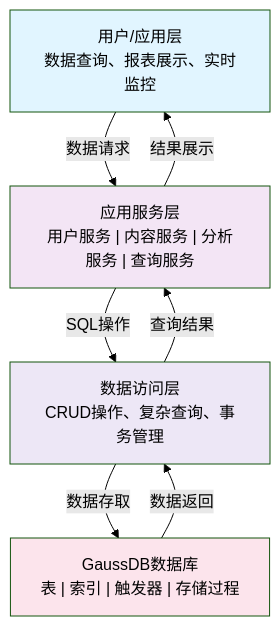
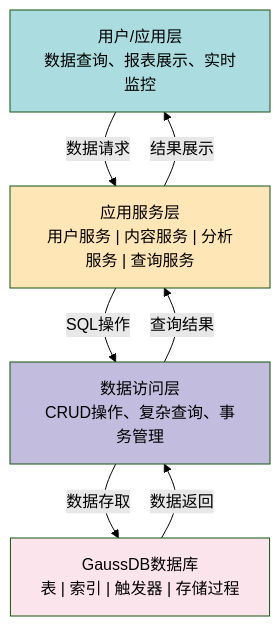
The first of 14 diagrams in 社交媒体舆情分析系统 - 系统设计报告.md (Tanhhhhtjy/BUAA-2025-DataBase-Social_Media_Sentiment_Analysis), drawn with Mermaid (forest theme) before and after one commit.

Commit message:
docs(system-design): update data flow diagram color scheme
Update the style colors in the Mermaid diagram for better visual effect:
- Node A: Changed from light blue (#e1f5ff) to cyan-blue (#AADCE0)
- Node B: Changed from light purple (#f3e5f5) to light yellow (#FFE6B7)
- Node C: Changed from light purple (#ede7f6) to gray-purple (#C2BDDE)

````diff
--- a/社交媒体舆情分析系统 - 系统设计报告.md
+++ b/社交媒体舆情分析系统 - 系统设计报告.md
@@ -56,14 +56,14 @@
 ```mermaid
 graph TD
     A["用户/应用层<br/>数据查询、报表展示、实时监控"] -->|数据请求| B["应用服务层<br/>用户服务 | 内容服务 | 分析服务 | 查询服务"]
     B -->|SQL操作| C["数据访问层<br/>CRUD操作、复杂查询、事务管理"]
     C -->|数据存取| D["GaussDB数据库<br/>表 | 索引 | 触发器 | 存储过程"]
     D -->|数据返回| C
     C -->|查询结果| B
     B -->|结果展示| A
   
-    style A fill:#e1f5ff
-    style B fill:#f3e5f5
-    style C fill:#ede7f6
+    style A fill:#AADCE0
+    style B fill:#FFE6B7
+    style C fill:#C2BDDE
     style D fill:#fce4ec
 ```
````
